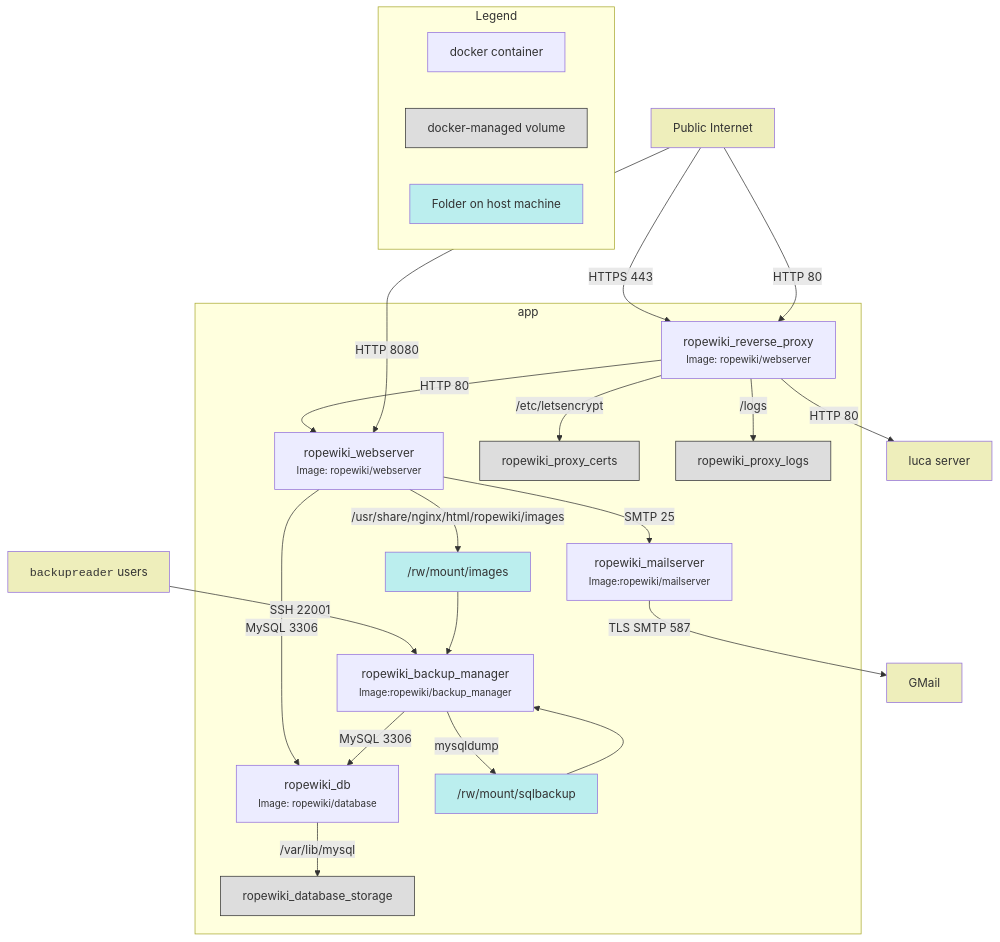
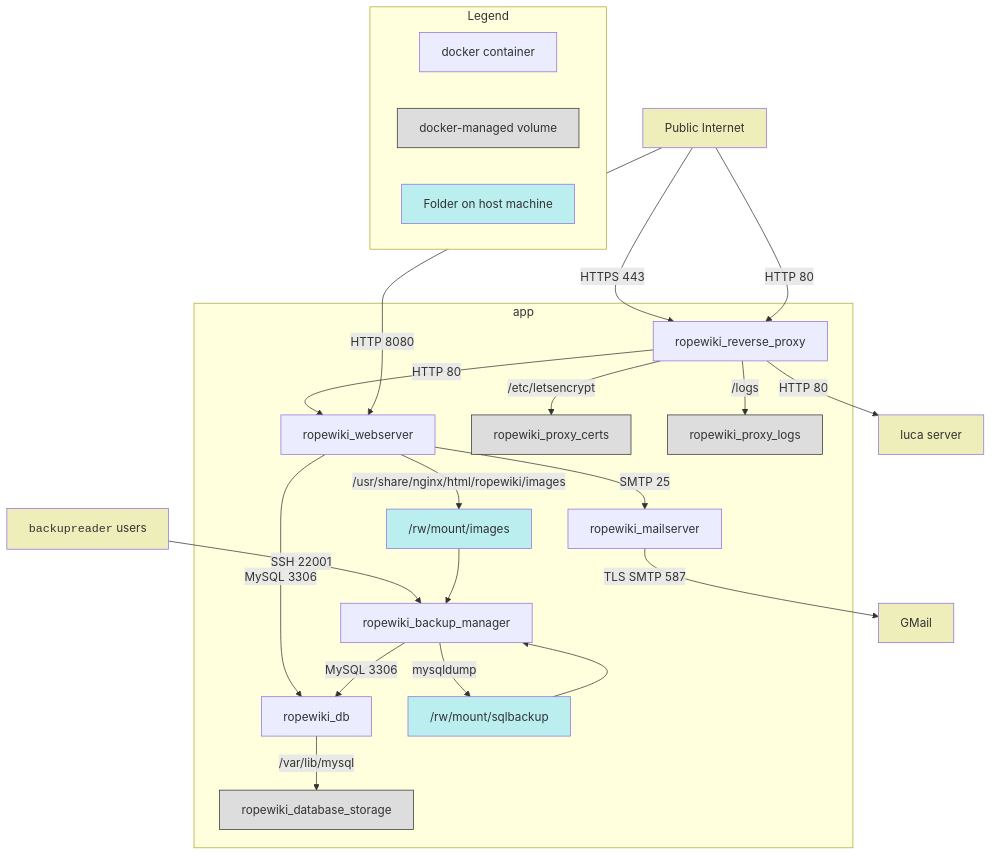
Before and after one commit to RopeWiki/app: the diagram in README.md, drawn with Mermaid.

Commit message:
Remove image names from container nodes

````diff
--- a/README.md
+++ b/README.md
@@ -11,69 +11,69 @@
 ```mermaid
 flowchart TD;
     classDef volume fill:#dddddd,stroke:#333,stroke-width:1px
     classDef external fill:#eeeebb
     classDef folder fill:#bbeeee
 
     subgraph app
-        ropewiki_db["ropewiki_db<br><small>Image: ropewiki/database"</small>]
+        ropewiki_db
         click ropewiki_db "https://github.com/RopeWiki/app/tree/master/database" "MySQL database with non-file site data"
 
-        ropewiki_webserver["ropewiki_webserver<br><small>Image: ropewiki/webserver"</small>]
+        ropewiki_webserver
         click ropewiki_webserver "https://github.com/RopeWiki/app/tree/master/webserver" "MediaWiki server and file-based site data/uploads"
 
-        ropewiki_reverse_proxy["ropewiki_reverse_proxy<br><small>Image: ropewiki/webserver"</small>]
+        ropewiki_reverse_proxy
         click ropewiki_reverse_proxy "https://github.com/RopeWiki/app/tree/master/reverse_proxy" "TLS termination and redirects"
 
-        ropewiki_backup_manager["ropewiki_backup_manager<br><small>Image:ropewiki/backup_manager</small>"]
+        ropewiki_backup_manager
         click ropewiki_backup_manager "https://github.com/RopeWiki/app/tree/master/backup_manager" "Exposes site data for backup"
 
-        ropewiki_mailserver["ropewiki_mailserver<br><small>Image:ropewiki/mailserver</small>"]
+        ropewiki_mailserver
         click ropewiki_mailserver "https://github.com/RopeWiki/app/tree/master/mailserver" "SMTP relay server to send email"
 
         ropewiki_database_storage@{shape:cyl}
         class ropewiki_database_storage volume
         ropewiki_proxy_certs@{shape:cyl}
         class ropewiki_proxy_certs volume
         ropewiki_proxy_logs@{shape:cyl}
         class ropewiki_proxy_logs volume
 
         images["/rw/mount/images"]@{shape:cyl}
         class images folder
         sqlbackup["/rw/mount/sqlbackup"]@{shape:cyl}
         class sqlbackup folder
     end
 
     Internet["Public Internet"]
     class Internet external
     backupreader["<code>backupreader</code> users"]
     class backupreader external
     click backupreader "https://github.com/RopeWiki/app/tree/master/backup_manager/pubkeys"
     GMail
     class GMail external
 
     luca_server["luca server"]
     click luca_server "https://github.com/RopeWiki/RWServer"
     class luca_server external
 
     ropewiki_webserver -- MySQL 3306 --> ropewiki_db -- /var/lib/mysql --> ropewiki_database_storage
     ropewiki_webserver -- /usr/share/nginx/html/ropewiki/images --> images
     ropewiki_webserver -- SMTP 25 --> ropewiki_mailserver -- TLS SMTP 587 --> GMail
     ropewiki_reverse_proxy -- HTTP 80 --> ropewiki_webserver
     ropewiki_reverse_proxy -- HTTP 80 --> luca_server
     Internet -- HTTP 8080 --> ropewiki_webserver
     Internet -- HTTPS 443 --> ropewiki_reverse_proxy
     Internet -- HTTP 80 --> ropewiki_reverse_proxy
     backupreader -- SSH 22001 --> ropewiki_backup_manager -- MySQL 3306 --> ropewiki_db
     ropewiki_backup_manager -- mysqldump --> sqlbackup --> ropewiki_backup_manager
     images --> ropewiki_backup_manager
     ropewiki_reverse_proxy -- /etc/letsencrypt --> ropewiki_proxy_certs
     ropewiki_reverse_proxy -- /logs --> ropewiki_proxy_logs
 
     subgraph Legend
         Container["docker container"]
         Volume["docker-managed volume"]
         class Volume volume
         Folder["Folder on host machine"]
         class Folder folder
     end
 ```
````
